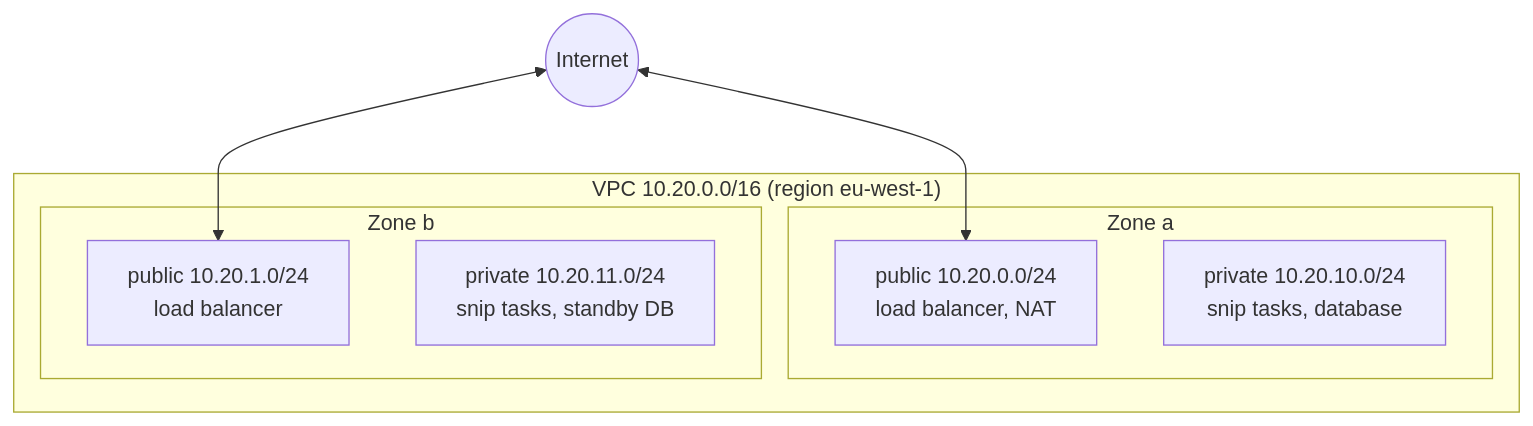
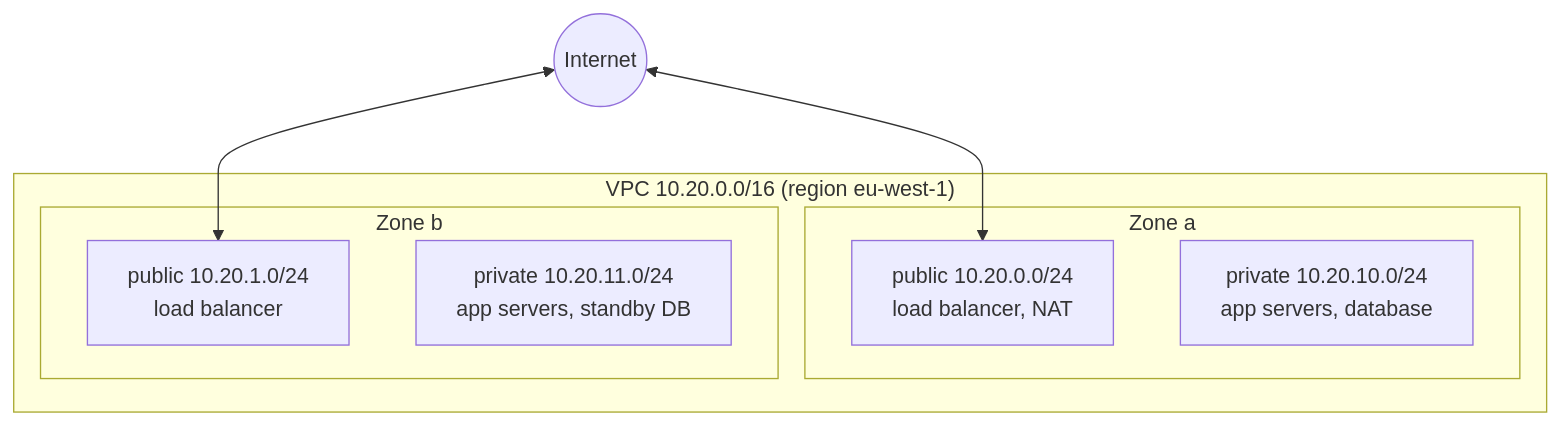
Before and after one commit to jawwadzafar/zero-to-prod: the diagram in docs/cloud/cloud-networking.mdx, drawn with Mermaid. The commit also changed other lines of this file and 1 other file, not shown here.

First line of the commit message:
docs: 12.1 and 12.2 open from the reader's world; 12.2 teaches a generic three-tier network, then reads snip's Terraform

````diff
--- a/docs/cloud/cloud-networking.mdx
+++ b/docs/cloud/cloud-networking.mdx
@@ -68,15 +48,15 @@
 ```mermaid
 flowchart TB
   subgraph VPC["VPC 10.20.0.0/16 (region eu-west-1)"]
     subgraph AZA["Zone a"]
       PA["public 10.20.0.0/24<br/>load balancer, NAT"]
-      RA["private 10.20.10.0/24<br/>snip tasks, database"]
+      RA["private 10.20.10.0/24<br/>app servers, database"]
     end
     subgraph AZB["Zone b"]
       PB["public 10.20.1.0/24<br/>load balancer"]
-      RB["private 10.20.11.0/24<br/>snip tasks, standby DB"]
+      RB["private 10.20.11.0/24<br/>app servers, standby DB"]
     end
   end
   I(("Internet")) <--> PA
   I <--> PB
 ```
````
